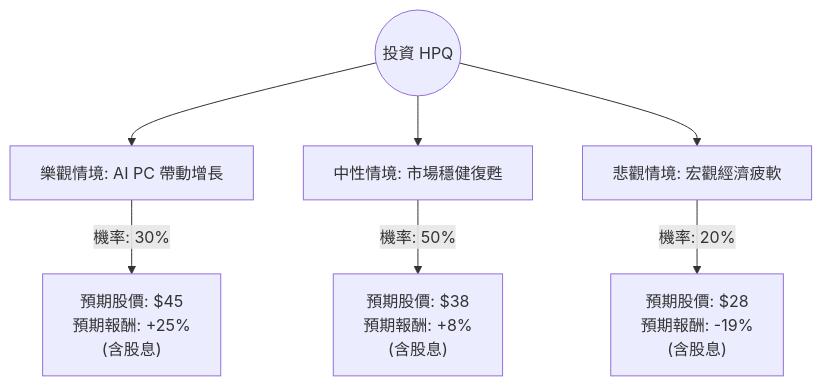
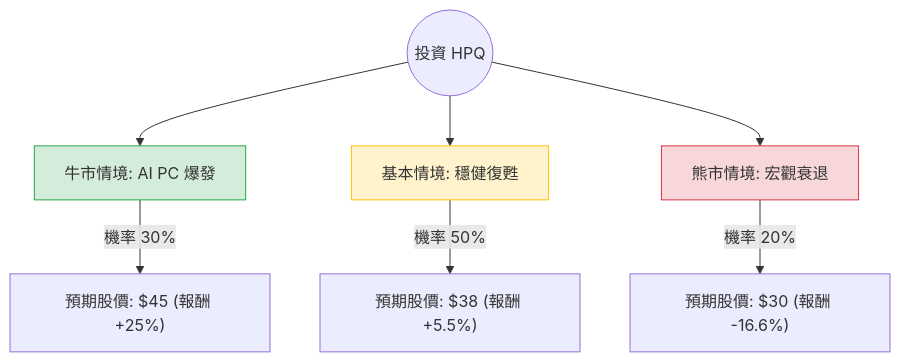
Before and after one commit to zmcx16/zmcx16.github.io: the diagram in plugin-react/ai-analysis/ev-analysis/HPQ.md, drawn with Mermaid. The commit also changed other lines of this file and 80 other files, not shown here.

````diff
--- a/plugin-react/ai-analysis/ev-analysis/HPQ.md
+++ b/plugin-react/ai-analysis/ev-analysis/HPQ.md
@@ -16,10 +22,14 @@
 ```mermaid
 graph TD
-    Start((投資 HPQ)) --> Bull[樂觀情境: AI PC 帶動增長]
-    Start --> Base[中性情境: 市場穩健復甦]
-    Start --> Bear[悲觀情境: 宏觀經濟疲軟]
+    Start((投資 HPQ)) --> Bull[牛市情境: AI PC 爆發]
+    Start --> Base[基本情境: 穩健復甦]
+    Start --> Bear[熊市情境: 宏觀衰退]
 
-    Bull -- "機率: 30%" --> BullVal["預期股價: $45 <br/> 預期報酬: +25% <br/> (含股息)"]
-    Base -- "機率: 50%" --> BaseVal["預期股價: $38 <br/> 預期報酬: +8% <br/> (含股息)"]
-    Bear -- "機率: 20%" --> BearVal["預期股價: $28 <br/> 預期報酬: -19% <br/> (含股息)"]
+    Bull -- "機率 30%" --> Bull_Val["預期股價: $45 (報酬 +25%)"]
+    Base -- "機率 50%" --> Base_Val["預期股價: $38 (報酬 +5.5%)"]
+    Bear -- "機率 20%" --> Bear_Val["預期股價: $30 (報酬 -16.6%)"]
+
+    style Bull fill:#d4edda,stroke:#28a745
+    style Base fill:#fff3cd,stroke:#ffc107
+    style Bear fill:#f8d7da,stroke:#dc3545
 ```
````
